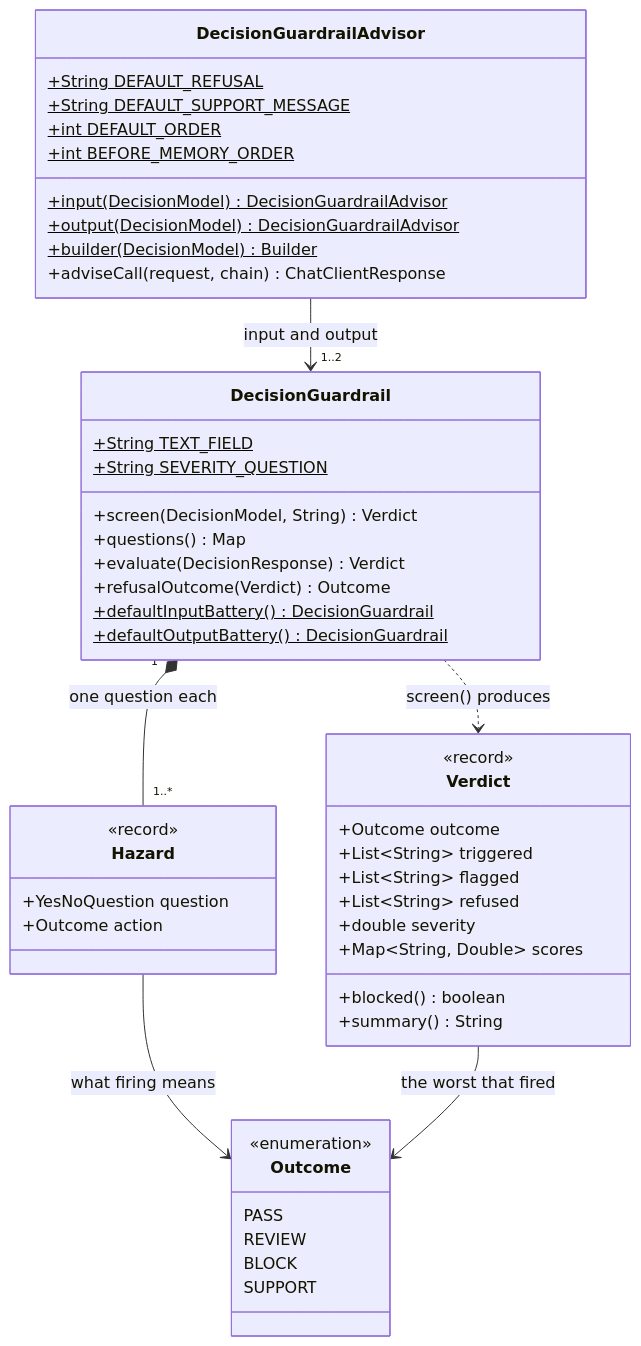
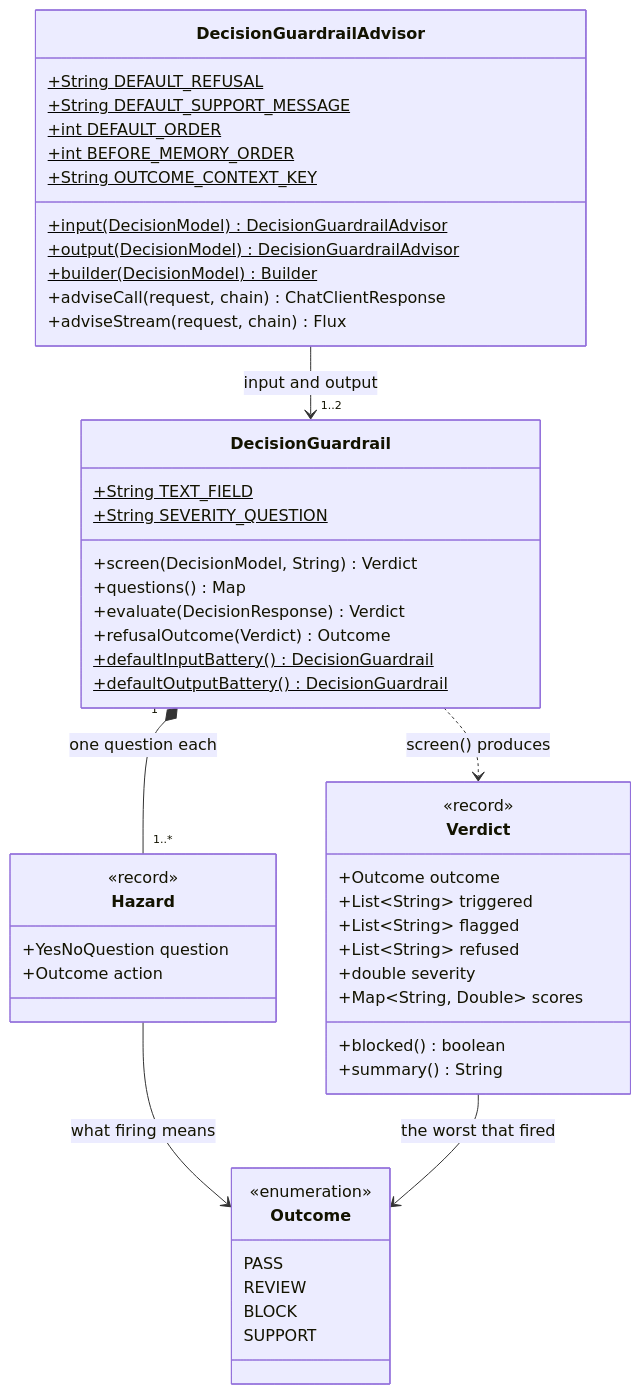
One commit to spring-ai-community/spring-ai-decision-extensions changed the second of 2 diagrams in docs/guardrails/DecisionGuardrailAdvisor.md. Above: the diagram before and after it, drawn with Mermaid. The commit also changed other lines of this file and 13 other files, not shown here.

````diff
--- a/docs/guardrails/DecisionGuardrailAdvisor.md
+++ b/docs/guardrails/DecisionGuardrailAdvisor.md
@@ -159,58 +166,60 @@
 ```mermaid
 classDiagram
     direction TB
 
     class DecisionGuardrailAdvisor {
         +String DEFAULT_REFUSAL$
         +String DEFAULT_SUPPORT_MESSAGE$
         +int DEFAULT_ORDER$
         +int BEFORE_MEMORY_ORDER$
+        +String OUTCOME_CONTEXT_KEY$
         +input(DecisionModel)$ DecisionGuardrailAdvisor
         +output(DecisionModel)$ DecisionGuardrailAdvisor
         +builder(DecisionModel)$ Builder
         +adviseCall(request, chain) ChatClientResponse
+        +adviseStream(request, chain) Flux
     }
 
     class DecisionGuardrail {
         +String TEXT_FIELD$
         +String SEVERITY_QUESTION$
         +screen(DecisionModel, String) Verdict
         +questions() Map
         +evaluate(DecisionResponse) Verdict
         +refusalOutcome(Verdict) Outcome
         +defaultInputBattery()$ DecisionGuardrail
         +defaultOutputBattery()$ DecisionGuardrail
     }
 
     class Hazard {
         <<record>>
         +YesNoQuestion question
         +Outcome action
     }
 
     class Verdict {
         <<record>>
         +Outcome outcome
         +List~String~ triggered
         +List~String~ flagged
         +List~String~ refused
         +double severity
         +Map~String, Double~ scores
         +blocked() boolean
         +summary() String
     }
 
     class Outcome {
         <<enumeration>>
         PASS
         REVIEW
         BLOCK
         SUPPORT
     }
 
     DecisionGuardrailAdvisor --> "1..2" DecisionGuardrail : input and output
     DecisionGuardrail "1" *-- "1..*" Hazard : one question each
     DecisionGuardrail ..> Verdict : screen() produces
     Hazard --> Outcome : what firing means
     Verdict --> Outcome : the worst that fired
 ```
````
